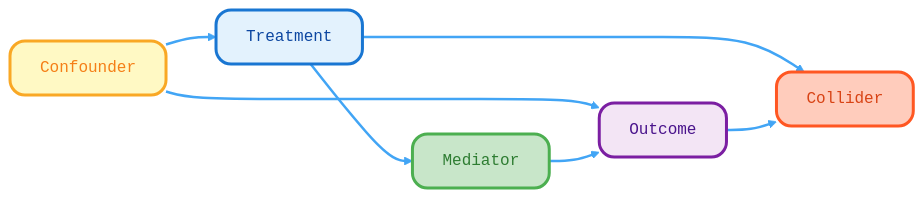
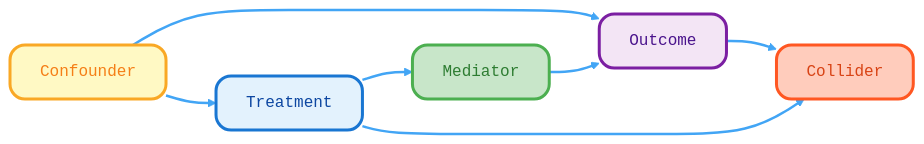
Before and after one commit to ronikobrosly/scipy_2026_causal_inference_tutorial: diagram 12 of 18 in slides/Introduction to Causal Inference/slides.md, drawn with Mermaid. The commit also changed other lines of this file and 1 other file, not shown here.

````diff
--- a/slides/Introduction to Causal Inference/slides.md
+++ b/slides/Introduction to Causal Inference/slides.md
@@ -919,24 +919,24 @@
 ```mermaid
 %%{init: {'theme':'base', 'themeVariables': { 'fontFamily':'Fira Code, monospace'}, 'flowchart': {'htmlLabels': true, 'useMaxWidth': true}}}%%
 graph LR
     CF["<div style='text-align:center;font-family:Fira Code,monospace'>Confounder</div>"]:::confounder
     T["<div style='text-align:center;font-family:Fira Code,monospace'>Treatment</div>"]:::treatment
     O["<div style='text-align:center;font-family:Fira Code,monospace'>Outcome</div>"]:::outcome
     M["<div style='text-align:center;font-family:Fira Code,monospace'>Mediator</div>"]:::mediator
     CL["<div style='text-align:center;font-family:Fira Code,monospace'>Collider</div>"]:::collider
 
+    CF --> O
     CF --> T
-    CF --> O
     T --> M
     M --> O
     T --> CL
     O --> CL
 
     classDef confounder fill:#fff9c4,stroke:#f9a825,stroke-width:3px,color:#f57f17,rx:15,ry:15
     classDef treatment fill:#e3f2fd,stroke:#1976d2,stroke-width:3px,color:#0d47a1,rx:15,ry:15
     classDef outcome fill:#f3e5f5,stroke:#7b1fa2,stroke-width:3px,color:#4a148c,rx:15,ry:15
     classDef mediator fill:#c8e6c9,stroke:#4caf50,stroke-width:3px,color:#2e7d32,rx:15,ry:15
     classDef collider fill:#ffccbc,stroke:#ff5722,stroke-width:3px,color:#d84315,rx:15,ry:15
 
     linkStyle default stroke:#42a5f5,stroke-width:2.5px
 ```
````
